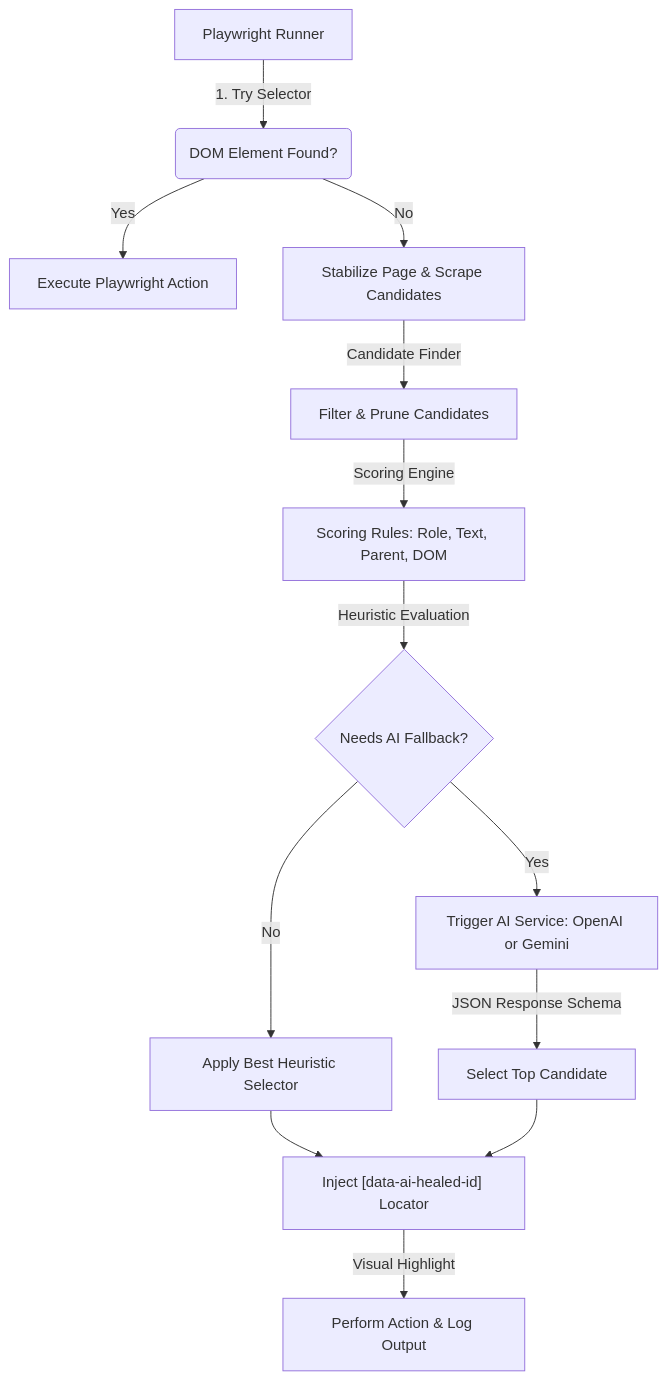
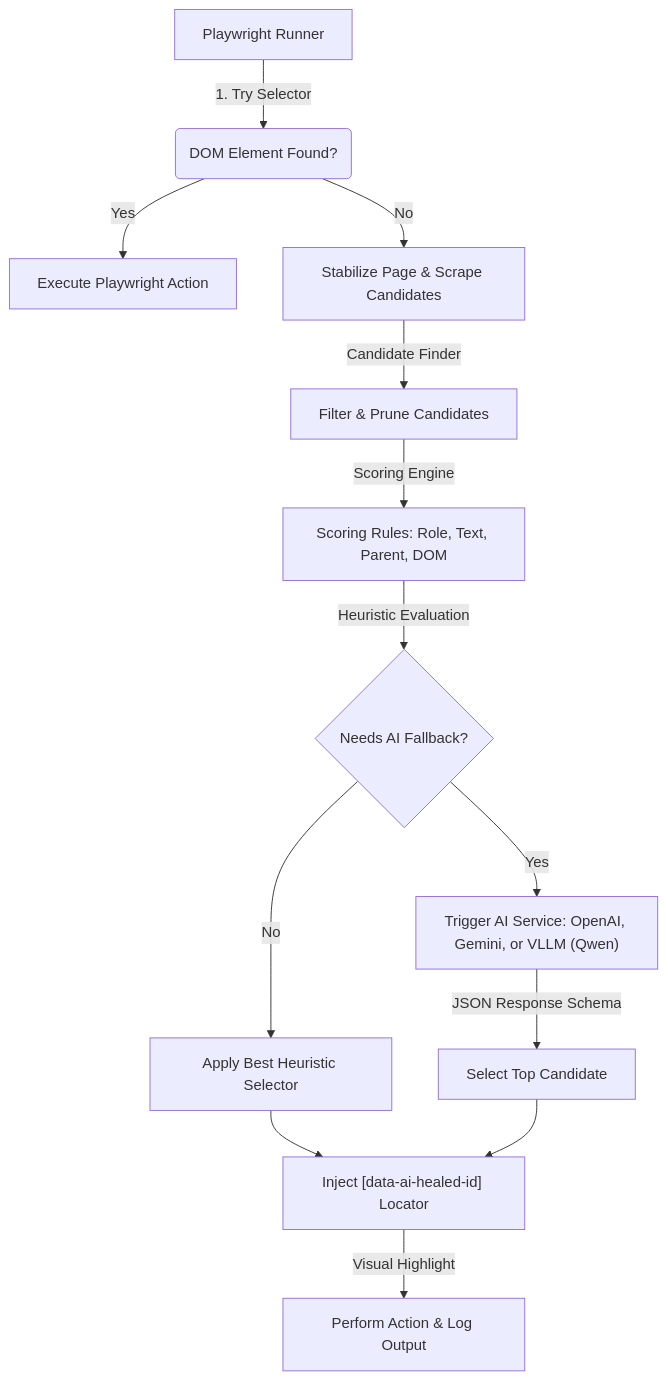
Before and after one commit to shambhoo-narwaria/reLOCATE.AI-Intelligent-Element-Recovery-Engine: the diagram in README.md, drawn with Mermaid. The commit also changed other lines of this file, not shown here.

````diff
--- a/README.md
+++ b/README.md
@@ -20,15 +20,15 @@
 ```mermaid
 graph TD
     A[Playwright Runner] -->|1. Try Selector| B(DOM Element Found?)
     B -->|Yes| C[Execute Playwright Action]
     B -->|No| D[Stabilize Page & Scrape Candidates]
     D -->|Candidate Finder| E[Filter & Prune Candidates]
     E -->|Scoring Engine| F[Scoring Rules: Role, Text, Parent, DOM]
     F -->|Heuristic Evaluation| G{Needs AI Fallback?}
     G -->|No| H[Apply Best Heuristic Selector]
-    G -->|Yes| I[Trigger AI Service: OpenAI or Gemini]
+    G -->|Yes| I["Trigger AI Service: OpenAI, Gemini, or VLLM (Qwen)"]
     I -->|JSON Response Schema| J[Select Top Candidate]
     H --> K["Inject [data-ai-healed-id] Locator"]
     J --> K
     K -->|Visual Highlight| L[Perform Action & Log Output]
 ```
````
